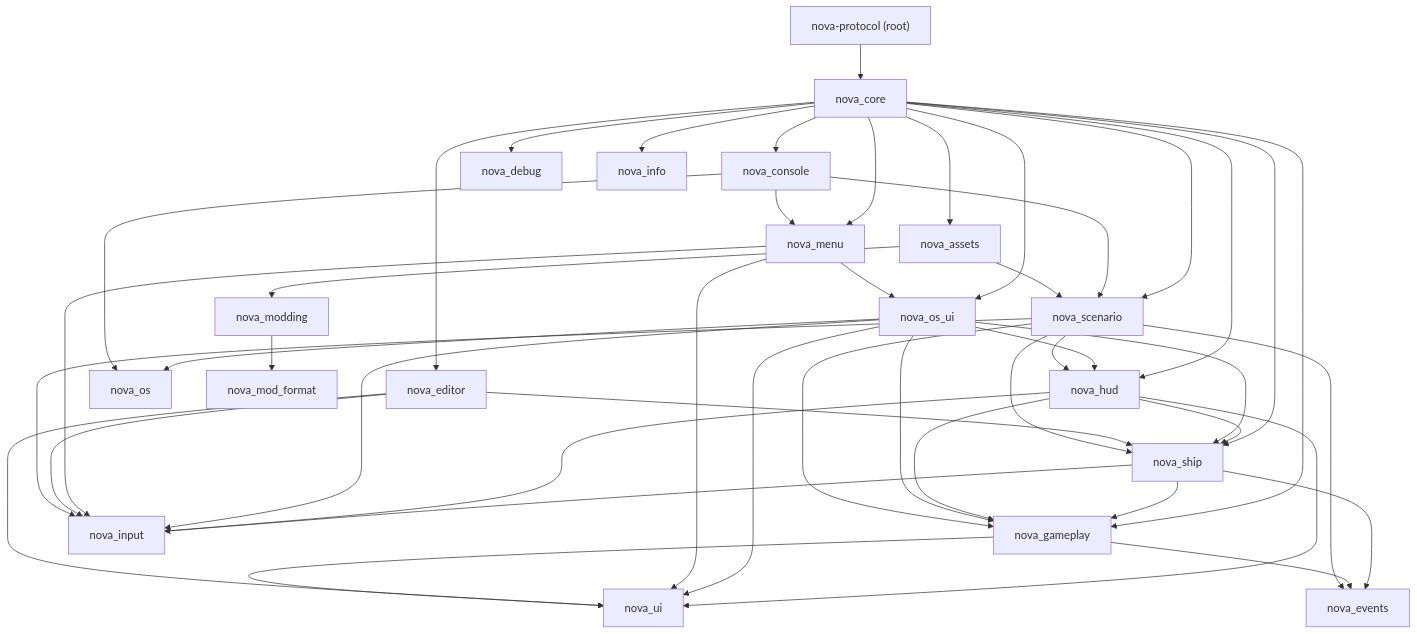
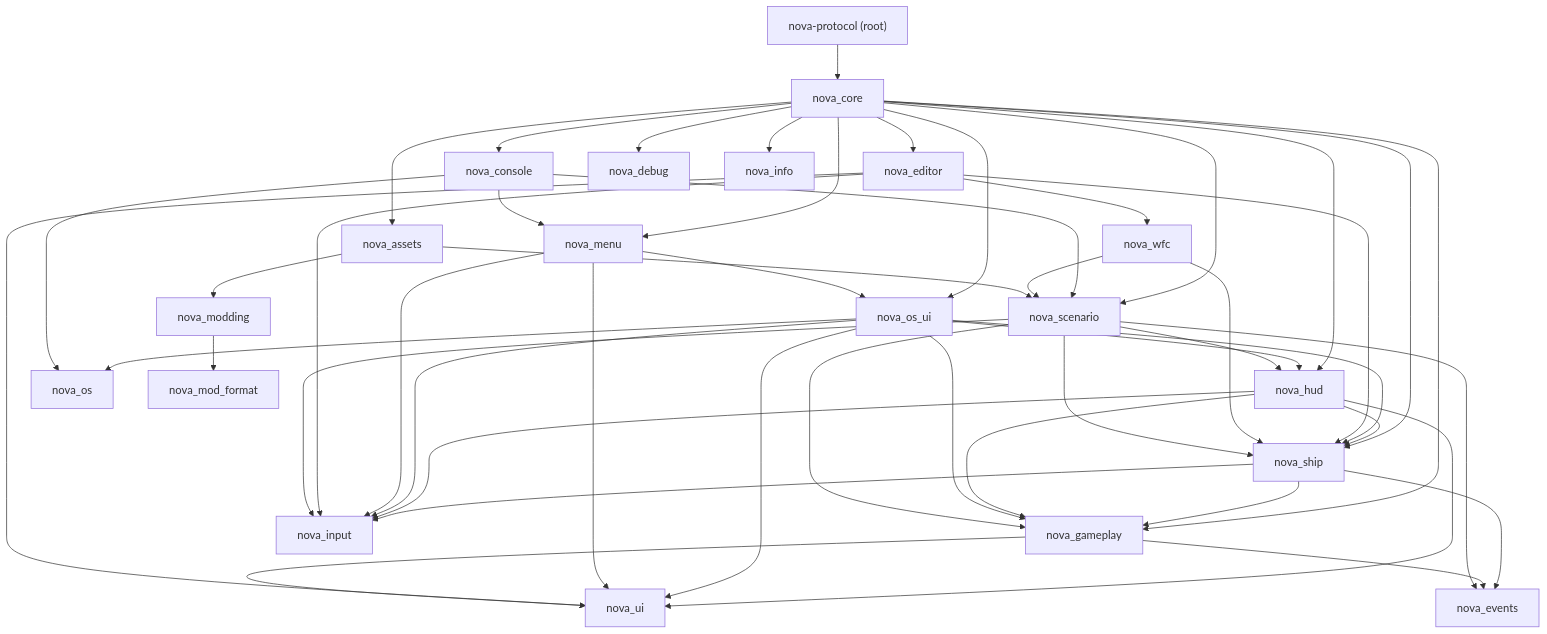
One commit to alexjercan/nova-protocol changed the first of 3 diagrams in docs/architecture.md. Above: the diagram before and after it, drawn with Mermaid. The commit also changed other lines of this file and 10 other files, not shown here.

````diff
--- a/docs/architecture.md
+++ b/docs/architecture.md
@@ -44,47 +45,50 @@
 ```mermaid
 graph TD
     root["nova-protocol (root)"] --> core["nova_core"]
     core --> menu["nova_menu"]
     core --> editor["nova_editor"]
     core --> gameplay["nova_gameplay"]
     core --> ship["nova_ship"]
     core --> hud["nova_hud"]
     core --> osui["nova_os_ui"]
     core --> console["nova_console"]
     core --> scenario["nova_scenario"]
     core --> assets["nova_assets"]
     ship --> gameplay
     ship --> events["nova_events"]
     hud --> ship
     hud --> gameplay
     hud --> ui["nova_ui"]
     osui --> hud
     osui --> ship
     osui --> gameplay
     osui --> os["nova_os"]
     osui --> ui
     menu --> osui
     console --> menu
     console --> os
     console --> scenario
     menu --> ui
     editor --> ship
     editor --> ui
+    editor --> wfc["nova_wfc"]
+    wfc --> ship
+    wfc --> scenario
     gameplay --> events
     gameplay --> ui
     ship --> input["nova_input"]
     hud --> input
     osui --> input
     menu --> input
     editor --> input
     scenario --> input
     scenario --> events
     scenario --> gameplay
     scenario --> ship
     scenario --> hud
     assets --> modding["nova_modding"]
     assets --> scenario
     modding --> modfmt["nova_mod_format"]
     core --> debug["nova_debug"]
     core --> info["nova_info"]
 ```
````
